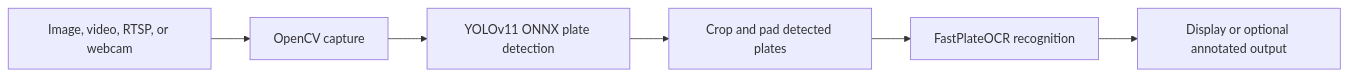
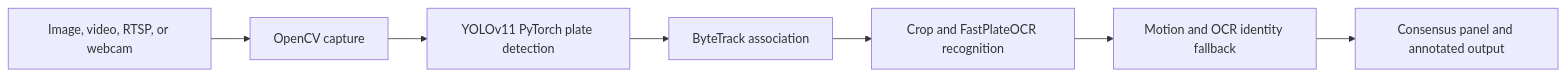
Before and after one commit to llakyoll/cvProjects: the diagram in license-plate-ocr/README.md, drawn with Mermaid. The commit also changed other lines of this file and 12 other files, not shown here.

Commit message:
plate ocr project added.

````diff
--- a/license-plate-ocr/README.md
+++ b/license-plate-ocr/README.md
@@ -25,8 +23,9 @@
 ```mermaid
 flowchart LR
     A[Image, video, RTSP, or webcam] --> B[OpenCV capture]
-    B --> C[YOLOv11 ONNX plate detection]
-    C --> D[Crop and pad detected plates]
-    D --> E[FastPlateOCR recognition]
-    E --> F[Display or optional annotated output]
+    B --> C[YOLOv11 PyTorch plate detection]
+    C --> D[ByteTrack association]
+    D --> E[Crop and FastPlateOCR recognition]
+    E --> F[Motion and OCR identity fallback]
+    F --> G[Consensus panel and annotated output]
 ```
````
